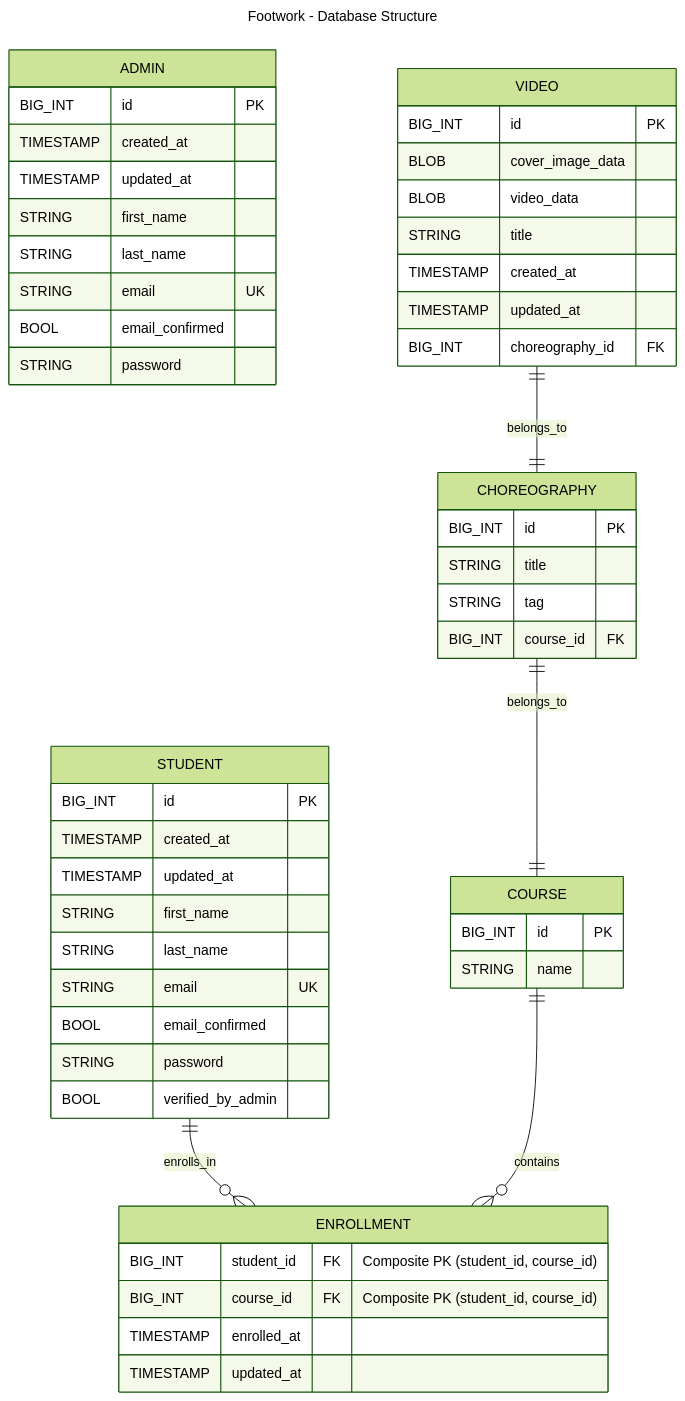
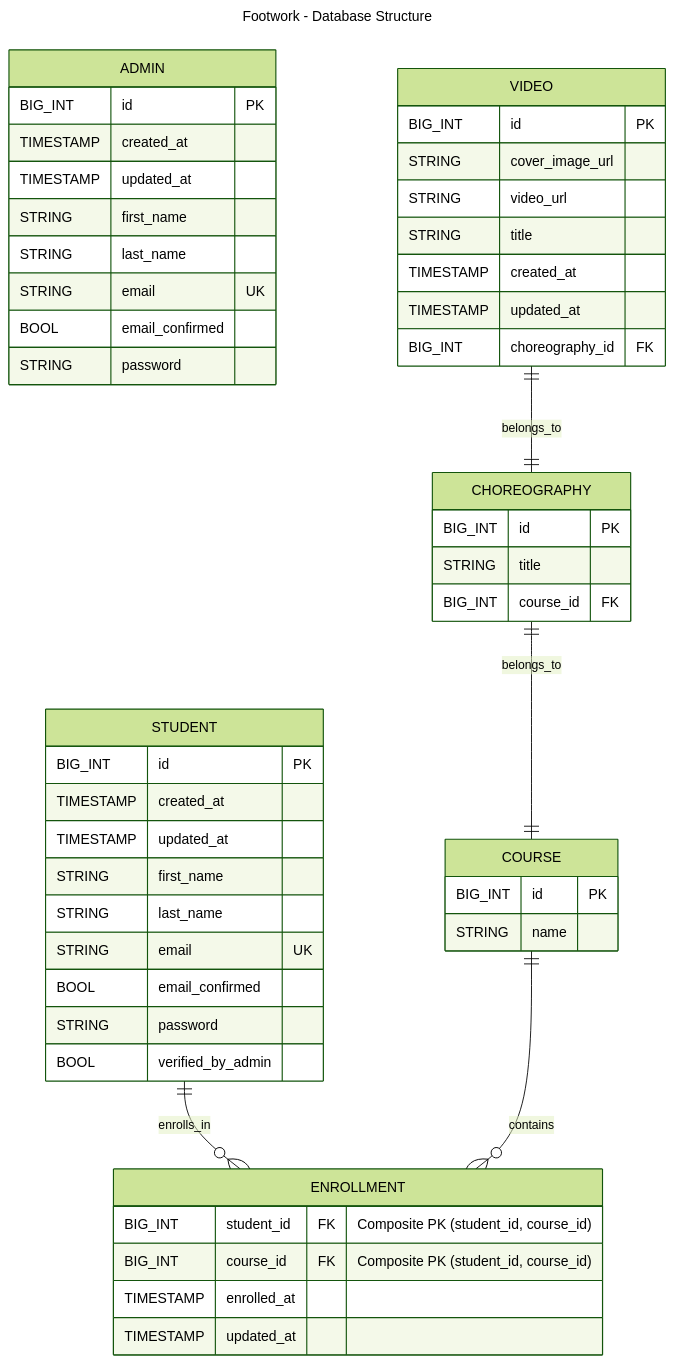
Before and after one commit to gianlucaromeo/footwork-backend: the diagram in README.md, drawn with Mermaid (forest theme).

````diff
--- a/README.md
+++ b/README.md
@@ -6,63 +6,62 @@
 ```mermaid
 ---
 title: Footwork - Database Structure
 ---
 erDiagram
     ADMIN {
         BIG_INT id PK
         TIMESTAMP created_at
         TIMESTAMP updated_at
         STRING first_name
         STRING last_name
         STRING email UK
         BOOL email_confirmed
         STRING password
     }
 
     STUDENT {
         BIG_INT id PK
         TIMESTAMP created_at
         TIMESTAMP updated_at
         STRING first_name
         STRING last_name
         STRING email UK
         BOOL email_confirmed
         STRING password
         BOOL verified_by_admin
     }
 
     COURSE {
         BIG_INT id PK
         STRING name
     }
 
     CHOREOGRAPHY {
         BIG_INT id PK
         STRING title
-        STRING tag
         BIG_INT course_id FK
     }
 
     VIDEO {
         BIG_INT id PK
-        BLOB cover_image_data
-        BLOB video_data
+        STRING cover_image_url
+        STRING video_url
         STRING title
         TIMESTAMP created_at
         TIMESTAMP updated_at
         BIG_INT choreography_id FK
     }
 
     ENROLLMENT {
         BIG_INT student_id FK "Composite PK (student_id, course_id)"
         BIG_INT course_id FK "Composite PK (student_id, course_id)"
         TIMESTAMP enrolled_at
         TIMESTAMP updated_at
     }
     
     VIDEO ||--|| CHOREOGRAPHY : belongs_to
     CHOREOGRAPHY ||--|| COURSE : belongs_to
 
     STUDENT ||--o{ ENROLLMENT : enrolls_in
     COURSE ||--o{ ENROLLMENT : contains
 ```
````
